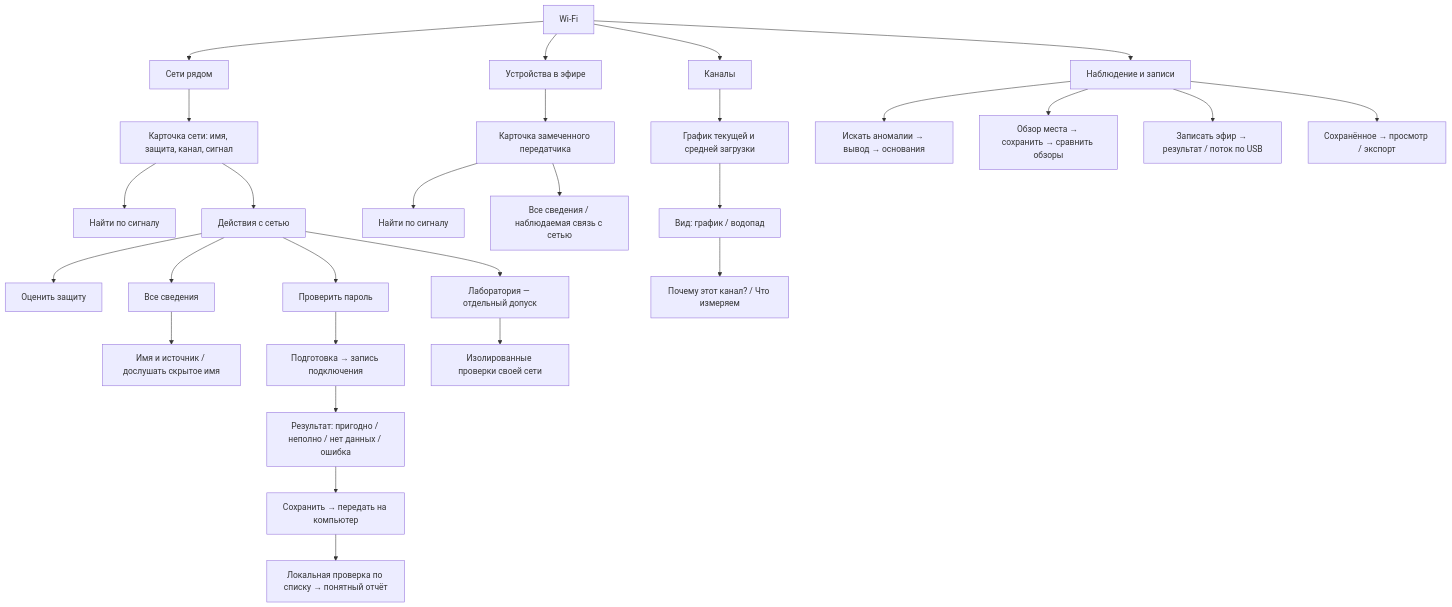
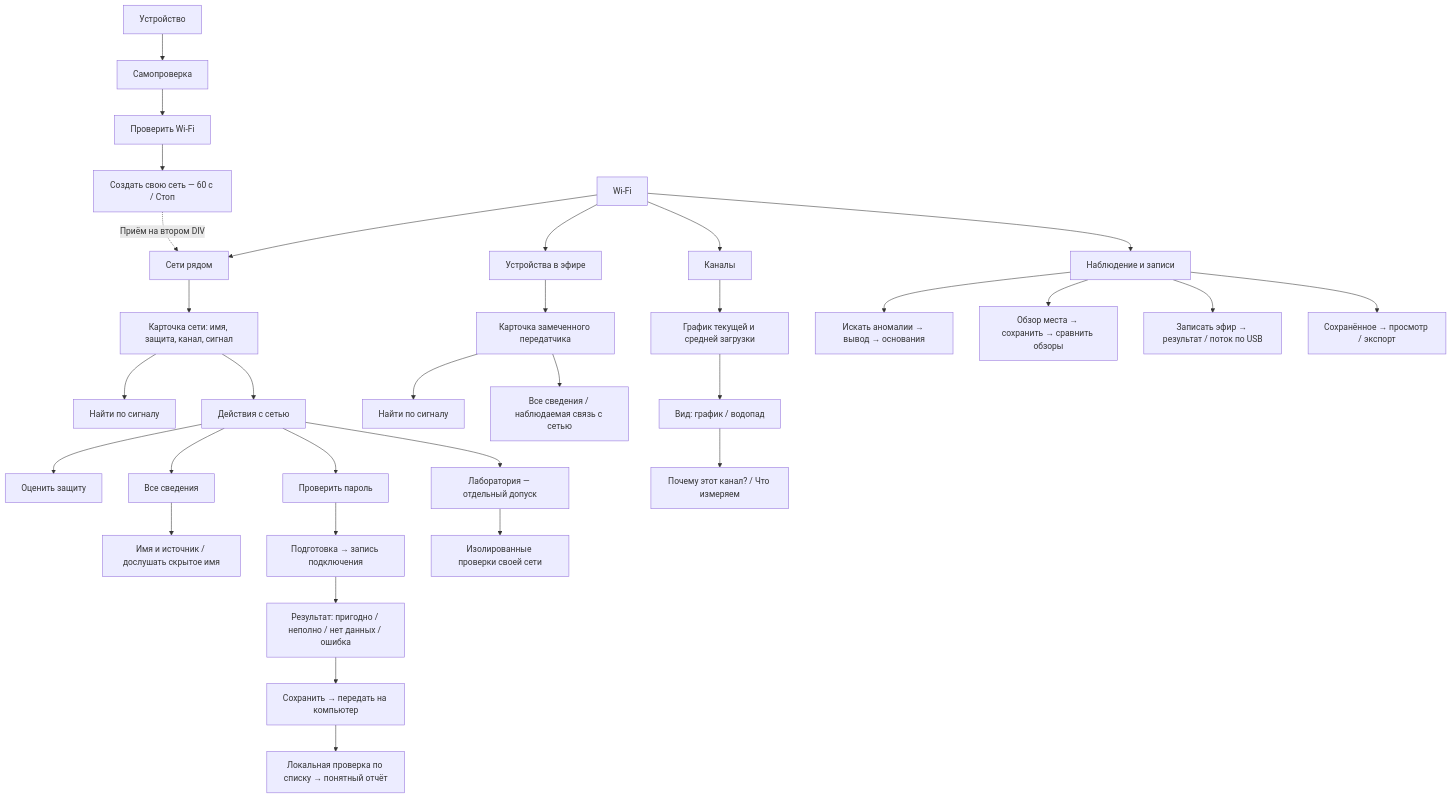
Before and after one commit to anton-vinogradov/esp32-leshy: the diagram in docs/v1/WIFI_UX_MAP.ru.md, drawn with Mermaid. The commit also changed other lines of this file and 15 other files, not shown here.

Commit message:
test(wifi): accept ordinary two-DIV discovery and timed stop

````diff
--- a/docs/v1/WIFI_UX_MAP.ru.md
+++ b/docs/v1/WIFI_UX_MAP.ru.md
@@ -48,30 +58,33 @@
 ```mermaid
 flowchart TD
+    DEV["Устройство"] --> SELF["Самопроверка"] --> TEST["Проверить Wi-Fi"]
+    TEST --> START["Создать свою сеть — 60 с / Стоп"]
+    START -. "Приём на втором DIV" .-> N
     W["Wi-Fi"] --> N["Сети рядом"]
     W --> D["Устройства в эфире"]
     W --> C["Каналы"]
     W --> O["Наблюдение и записи"]
     N --> NC["Карточка сети: имя, защита, канал, сигнал"]
     NC --> NR["Найти по сигналу"]
     NC --> A["Действия с сетью"]
     A --> S["Оценить защиту"]
     A --> P["Проверить пароль"]
     A --> F["Все сведения"]
     A --> L["Лаборатория — отдельный допуск"]
     F --> H["Имя и источник / дослушать скрытое имя"]
     P --> PR["Подготовка → запись подключения"]
     PR --> R["Результат: пригодно / неполно / нет данных / ошибка"]
     R --> X["Сохранить → передать на компьютер"]
     X --> PC["Локальная проверка по списку → понятный отчёт"]
     D --> DC["Карточка замеченного передатчика"]
     DC --> DR["Найти по сигналу"]
     DC --> DF["Все сведения / наблюдаемая связь с сетью"]
     C --> G["График текущей и средней загрузки"]
     G --> V["Вид: график / водопад"]
     V --> WHY["Почему этот канал? / Что измеряем"]
     O --> AN["Искать аномалии → вывод → основания"]
     O --> SU["Обзор места → сохранить → сравнить обзоры"]
     O --> CAP["Записать эфир → результат / поток по USB"]
     O --> LIB["Сохранённое → просмотр / экспорт"]
     L --> LAB["Изолированные проверки своей сети"]
 ```
````
